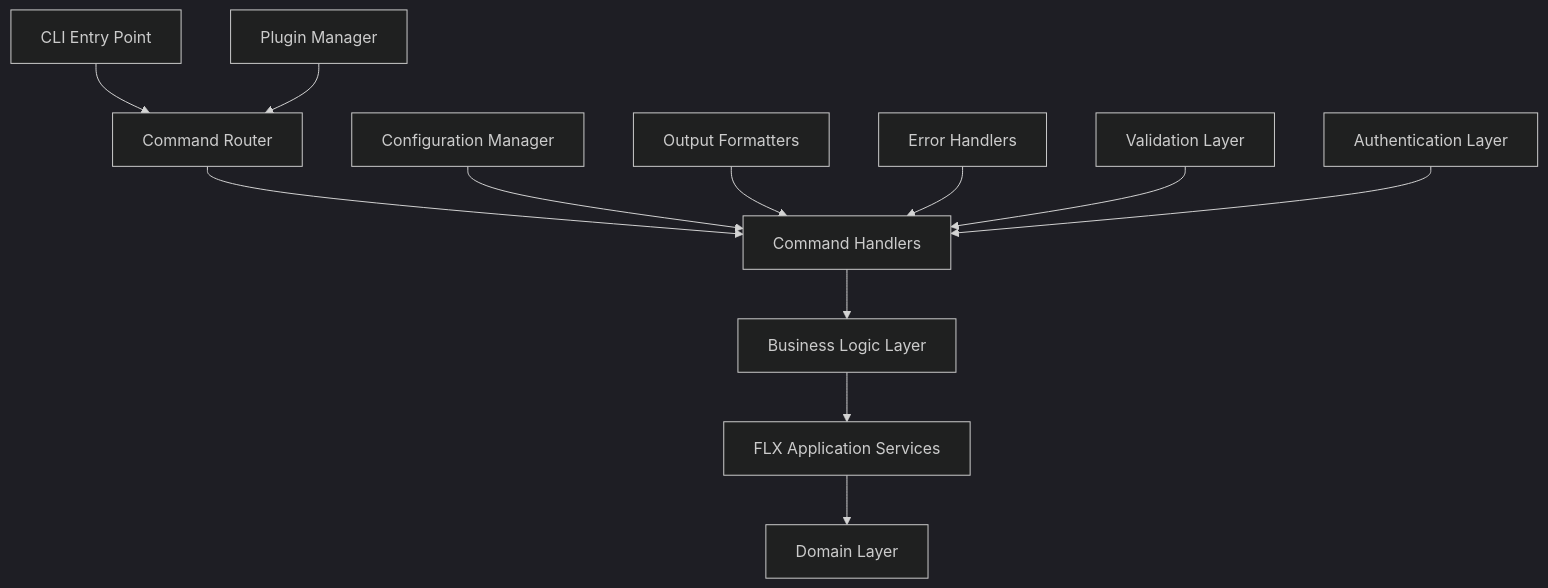
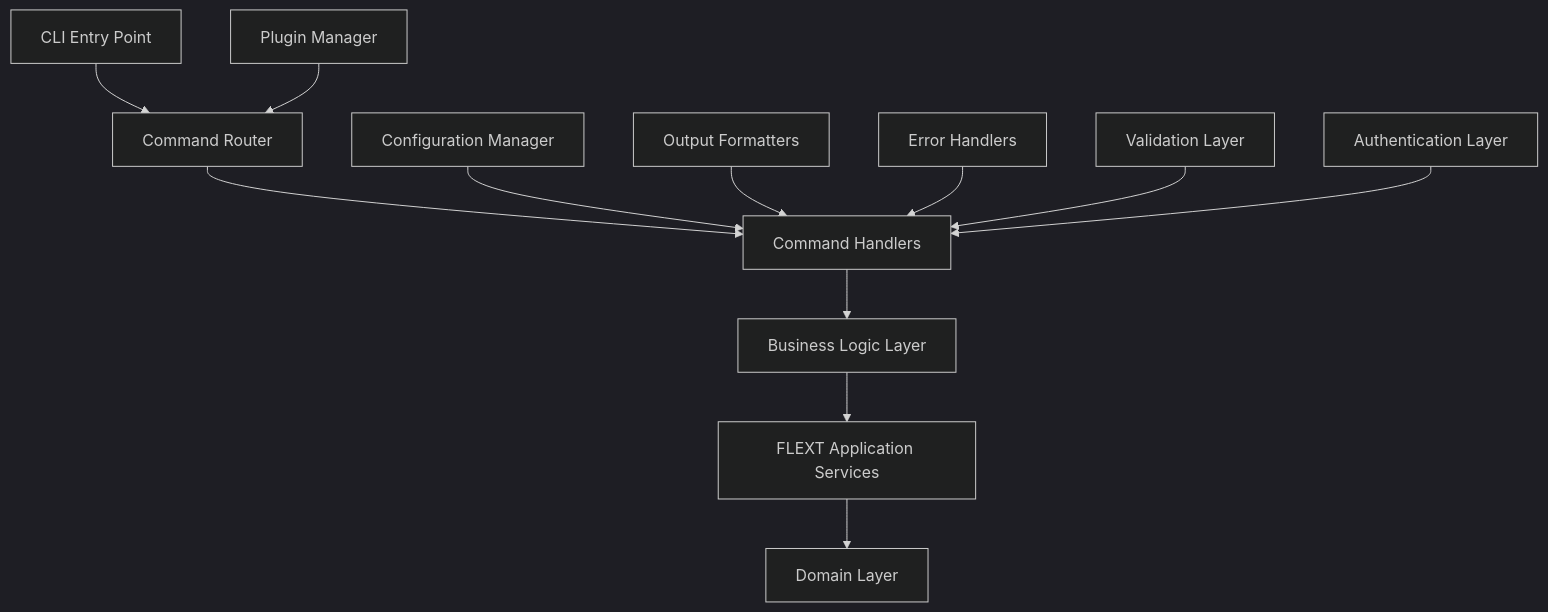
Before and after one commit to flext-sh/flext: the diagram in docs/development/tools/cli-development-guide.md, drawn with Mermaid (dark theme). The commit also changed other lines of this file and 306 other files, not shown here.

````diff
--- a/docs/development/tools/cli-development-guide.md
+++ b/docs/development/tools/cli-development-guide.md
@@ -37,16 +37,16 @@
 ```mermaid
 graph TD
     A[CLI Entry Point] --> B[Command Router]
     B --> C[Command Handlers]
     C --> D[Business Logic Layer]
-    D --> E[FLX Application Services]
+    D --> E[FLEXT Application Services]
     E --> F[Domain Layer]
 
     G[Configuration Manager] --> C
     H[Output Formatters] --> C
     I[Error Handlers] --> C
     J[Plugin Manager] --> B
 
     K[Validation Layer] --> C
     L[Authentication Layer] --> C
 ```
````
